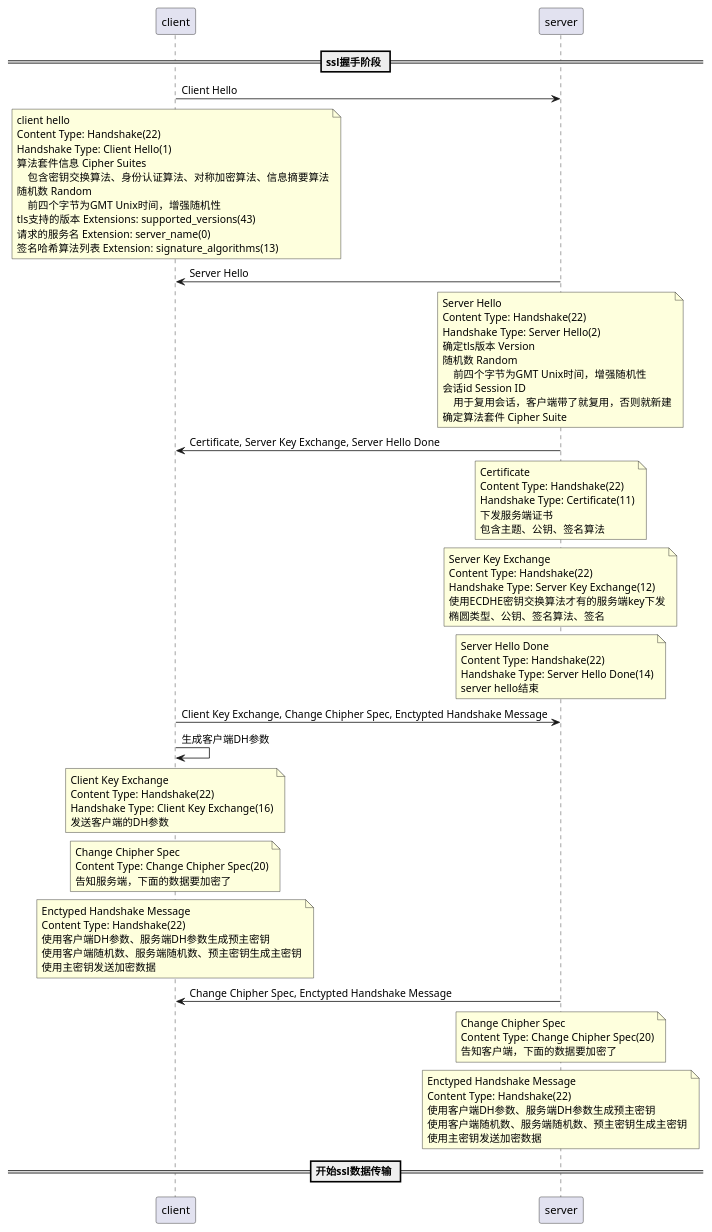
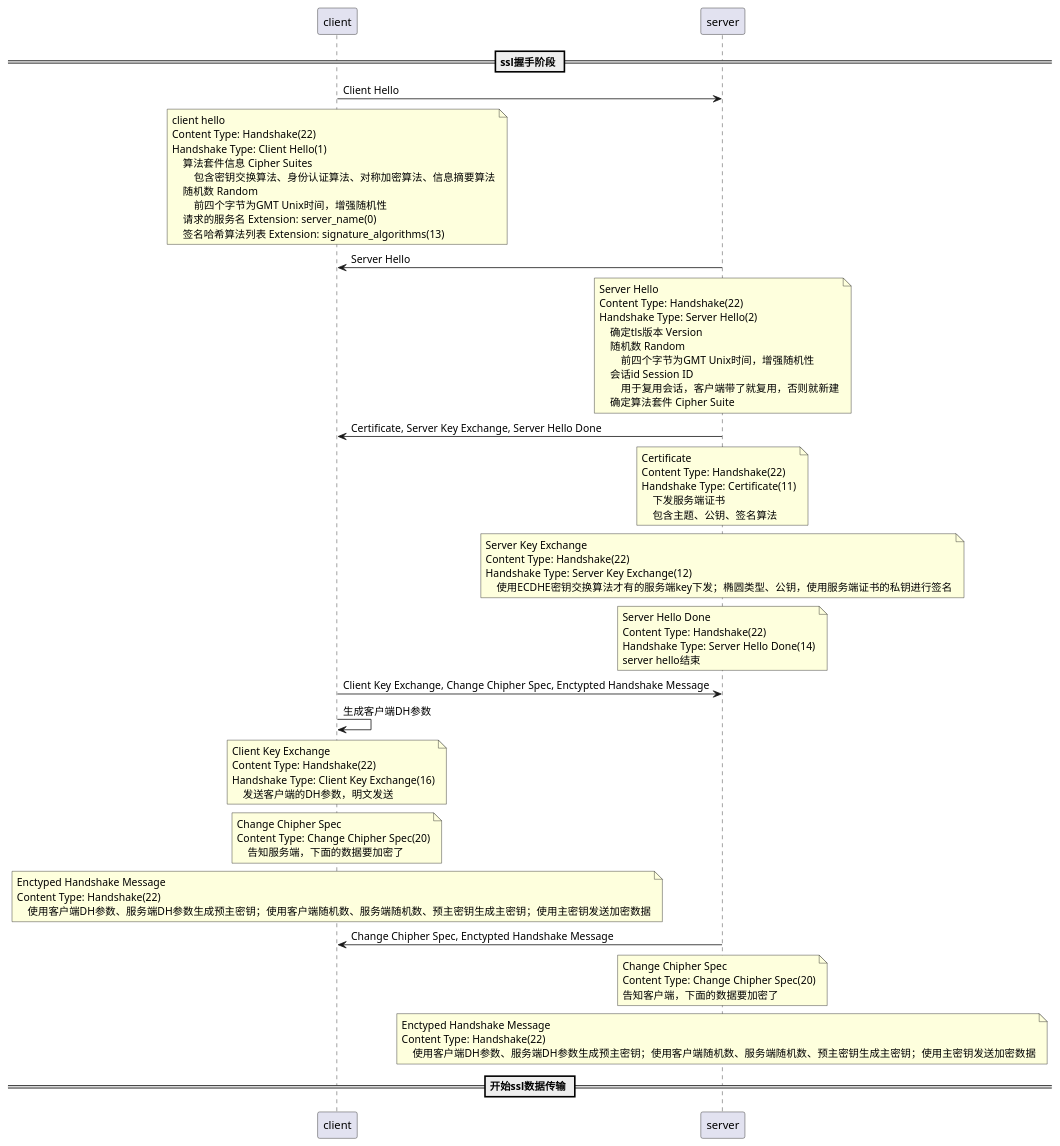
The second of 4 diagrams in source/_posts/2021-07-28-openssl.md (Githubwyb/hexo_blogPages), drawn with PlantUML before and after one commit. The commit also changed other lines of this file and 38 other files, not shown here.

```diff
--- a/source/_posts/2021-07-28-openssl.md
+++ b/source/_posts/2021-07-28-openssl.md
@@ -1228,13 +1321,12 @@
 client hello
 Content Type: Handshake(22)
 Handshake Type: Client Hello(1)
-算法套件信息 Cipher Suites
-    包含密钥交换算法、身份认证算法、对称加密算法、信息摘要算法
-随机数 Random
-    前四个字节为GMT Unix时间，增强随机性
-tls支持的版本 Extensions: supported_versions(43)
-请求的服务名 Extension: server_name(0)
-签名哈希算法列表 Extension: signature_algorithms(13)
+    算法套件信息 Cipher Suites
+        包含密钥交换算法、身份认证算法、对称加密算法、信息摘要算法
+    随机数 Random
+        前四个字节为GMT Unix时间，增强随机性
+    请求的服务名 Extension: server_name(0)
+    签名哈希算法列表 Extension: signature_algorithms(13)
 end note
 
 server->client: Server Hello
@@ -1242,12 +1334,12 @@
 Server Hello
 Content Type: Handshake(22)
 Handshake Type: Server Hello(2)
-确定tls版本 Version
-随机数 Random
-    前四个字节为GMT Unix时间，增强随机性
-会话id Session ID
-    用于复用会话，客户端带了就复用，否则就新建
-确定算法套件 Cipher Suite
+    确定tls版本 Version
+    随机数 Random
+        前四个字节为GMT Unix时间，增强随机性
+    会话id Session ID
+        用于复用会话，客户端带了就复用，否则就新建
+    确定算法套件 Cipher Suite
 end note
 
 server->client: Certificate, Server Key Exchange, Server Hello Done
@@ -1255,15 +1347,14 @@
 Certificate
 Content Type: Handshake(22)
 Handshake Type: Certificate(11)
-下发服务端证书
-包含主题、公钥、签名算法
+    下发服务端证书
+    包含主题、公钥、签名算法
 end note
 note over server
 Server Key Exchange
 Content Type: Handshake(22)
 Handshake Type: Server Key Exchange(12)
-使用ECDHE密钥交换算法才有的服务端key下发
-椭圆类型、公钥、签名算法、签名
+    使用ECDHE密钥交换算法才有的服务端key下发；椭圆类型、公钥，使用服务端证书的私钥进行签名
 end note
 note over server
 Server Hello Done
@@ -1278,19 +1369,17 @@
 Client Key Exchange
 Content Type: Handshake(22)
 Handshake Type: Client Key Exchange(16)
-发送客户端的DH参数
+    发送客户端的DH参数，明文发送
 end note
 note over client
 Change Chipher Spec
 Content Type: Change Chipher Spec(20)
-告知服务端，下面的数据要加密了
+    告知服务端，下面的数据要加密了
 end note
 note over client
 Enctyped Handshake Message
 Content Type: Handshake(22)
-使用客户端DH参数、服务端DH参数生成预主密钥
-使用客户端随机数、服务端随机数、预主密钥生成主密钥
-使用主密钥发送加密数据
+    使用客户端DH参数、服务端DH参数生成预主密钥；使用客户端随机数、服务端随机数、预主密钥生成主密钥；使用主密钥发送加密数据
 end note
 
 server->client: Change Chipher Spec, Enctypted Handshake Message
@@ -1302,9 +1391,7 @@
 note over server
 Enctyped Handshake Message
 Content Type: Handshake(22)
-使用客户端DH参数、服务端DH参数生成预主密钥
-使用客户端随机数、服务端随机数、预主密钥生成主密钥
-使用主密钥发送加密数据
+    使用客户端DH参数、服务端DH参数生成预主密钥；使用客户端随机数、服务端随机数、预主密钥生成主密钥；使用主密钥发送加密数据
 end note
 
 == 开始ssl数据传输 ==
```
